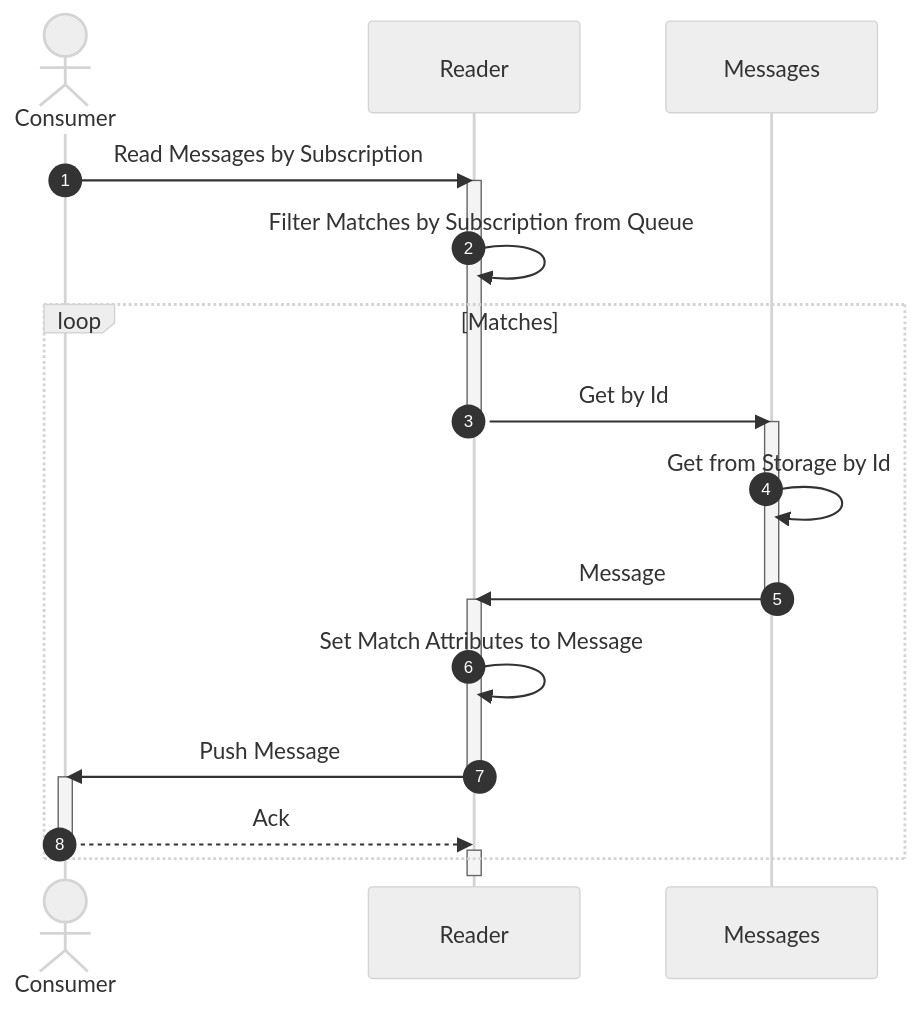
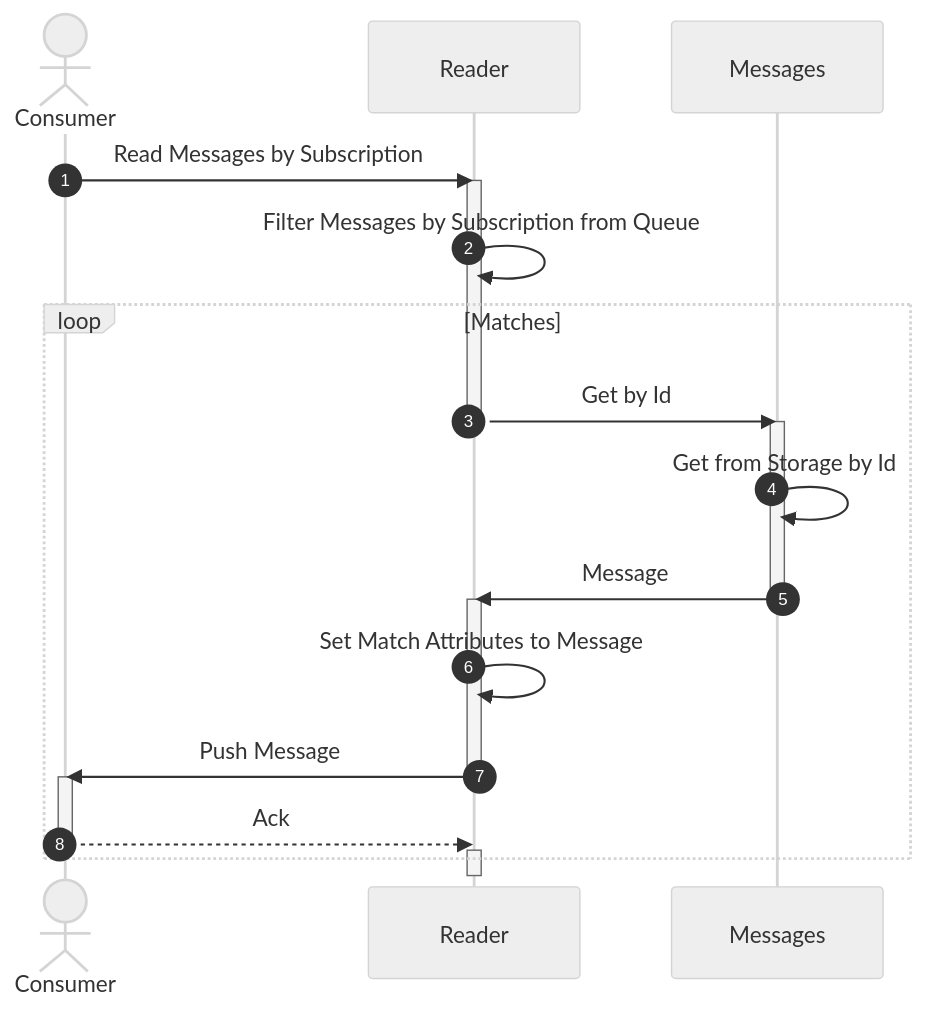
Before and after one commit to awakari/.github: the second of 2 diagrams in profile/README.md, drawn with Mermaid. The commit also changed other lines of this file and 2 other files, not shown here.

````diff
--- a/profile/README.md
+++ b/profile/README.md
@@ -206,38 +199,38 @@
 ```mermaid
 %%{init: {'theme': 'neutral' } }%%
 sequenceDiagram
 
     autonumber
 
     actor Consumer
     participant Reader
     participant Messages
 
     Consumer->>Reader: Read Messages by Subscription
 
     activate Reader
-    Reader->>Reader: Filter Matches by Subscription from Queue
+    Reader->>Reader: Filter Messages by Subscription from Queue
     loop Matches
 
         Reader->>Messages: Get by Id
         deactivate Reader
     
         activate Messages
         Messages->>Messages: Get from Storage by Id
         Messages->>Reader: Message
         deactivate Messages
         
         activate Reader
         Reader->>Reader: Set Match Attributes to Message
         Reader->>Consumer: Push Message
         deactivate Reader
 
         activate Consumer
         Consumer-->>Reader: Ack
         deactivate Consumer
         
         activate Reader
     
     end
     deactivate Reader
 ```
````
